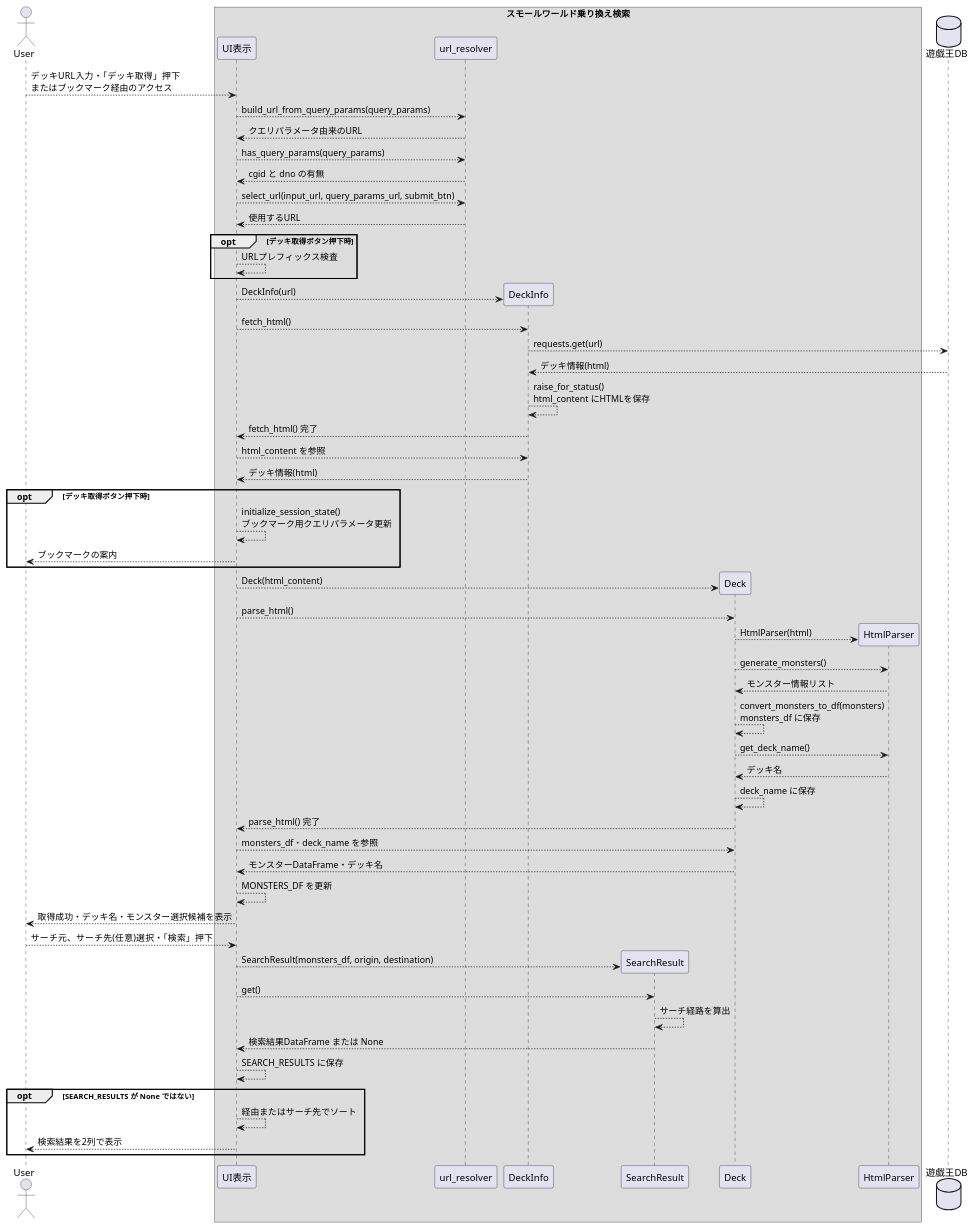
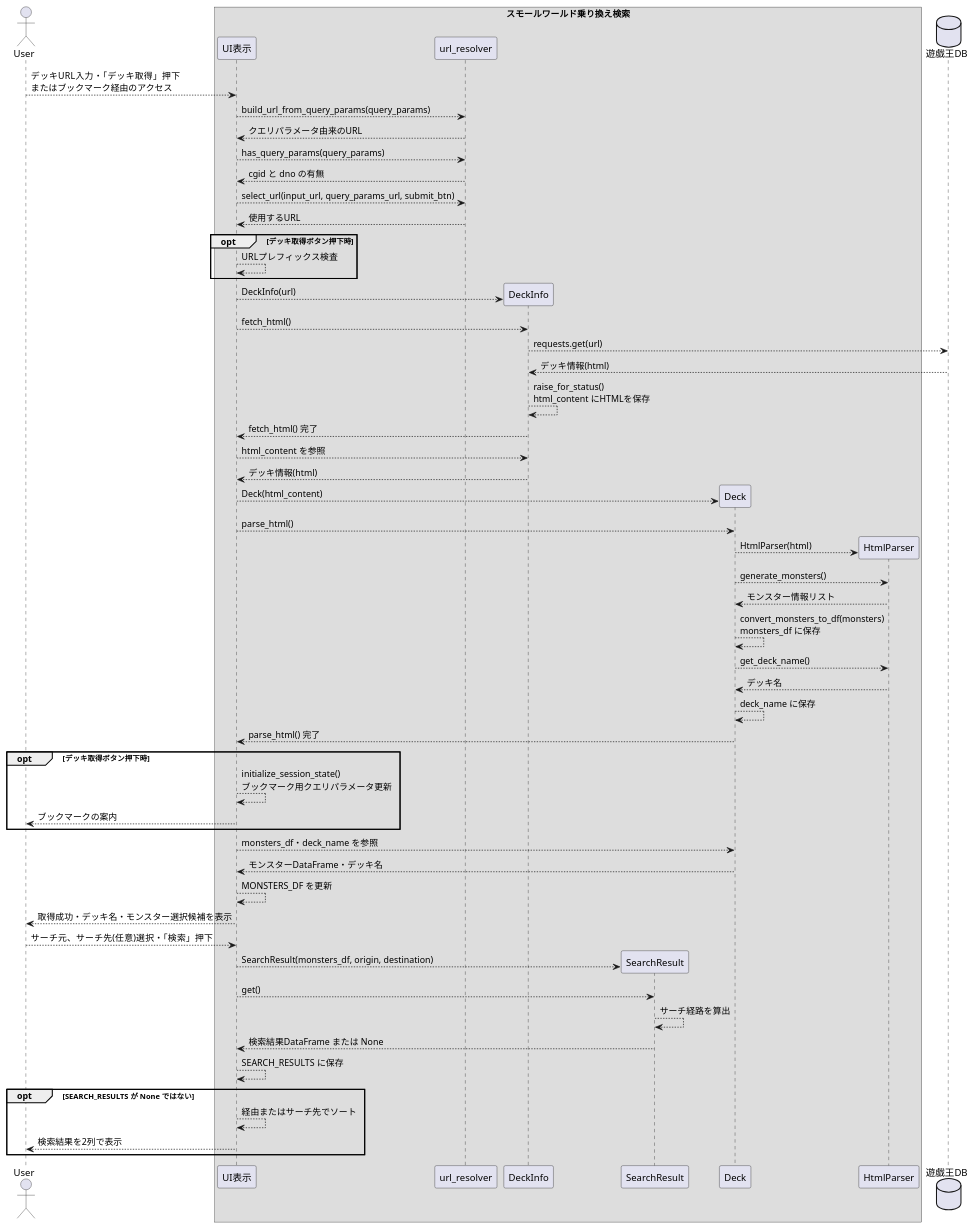
The fourth of 6 diagrams in docs/ygo-small-world-transit.md (ikishichi/ygo-small-world-transit), drawn with PlantUML before and after one commit. The commit also changed other lines of this file, not shown here.

Commit message:
docs: 処理順序の図を実装に合わせて更新

````diff
--- a/docs/ygo-small-world-transit.md
+++ b/docs/ygo-small-world-transit.md
@@ -82,66 +83,66 @@
 ```plantuml
 @startuml
 actor User as user
 box "スモールワールド乗り換え検索"
 participant "UI表示" as ui
 participant "url_resolver" as ur
 participant "DeckInfo" as di
 participant "SearchResult" as sr
 participant "Deck" as dc
 participant "HtmlParser" as hp
 end box
 database 遊戯王DB as db
 
 user --> ui : デッキURL入力・「デッキ取得」押下\nまたはブックマーク経由のアクセス
 ui --> ur : build_url_from_query_params(query_params)
 ur --> ui : クエリパラメータ由来のURL
 ui --> ur : has_query_params(query_params)
 ur --> ui : cgid と dno の有無
 ui --> ur : select_url(input_url, query_params_url, submit_btn)
 ur --> ui : 使用するURL
 opt デッキ取得ボタン押下時
     ui --> ui : URLプレフィックス検査
 end
 create di
 ui --> di : DeckInfo(url)
 ui --> di : fetch_html()
 di --> db : requests.get(url)
 db --> di : デッキ情報(html)
 di --> di : raise_for_status()\nhtml_content にHTMLを保存
 di --> ui : fetch_html() 完了
 ui --> di : html_content を参照
 di --> ui : デッキ情報(html)
-opt デッキ取得ボタン押下時
-    ui --> ui : initialize_session_state()\nブックマーク用クエリパラメータ更新
-    ui --> user : ブックマークの案内
-end
 create dc
 ui --> dc : Deck(html_content)
 ui --> dc : parse_html()
 create hp
 dc --> hp : HtmlParser(html)
 dc --> hp : generate_monsters()
 hp --> dc : モンスター情報リスト
 dc --> dc : convert_monsters_to_df(monsters)\nmonsters_df に保存
 dc --> hp : get_deck_name()
 hp --> dc : デッキ名
 dc --> dc : deck_name に保存
 dc --> ui : parse_html() 完了
+opt デッキ取得ボタン押下時
+    ui --> ui : initialize_session_state()\nブックマーク用クエリパラメータ更新
+    ui --> user : ブックマークの案内
+end
 ui --> dc : monsters_df・deck_name を参照
 dc --> ui : モンスターDataFrame・デッキ名
 ui --> ui : MONSTERS_DF を更新
 ui --> user : 取得成功・デッキ名・モンスター選択候補を表示
 user --> ui : サーチ元、サーチ先(任意)選択・「検索」押下
 create sr
 ui --> sr : SearchResult(monsters_df, origin, destination)
 ui --> sr : get()
 sr --> sr : サーチ経路を算出
 sr --> ui : 検索結果DataFrame または None
 ui --> ui : SEARCH_RESULTS に保存
 opt SEARCH_RESULTS が None ではない
     ui --> ui : 経由またはサーチ先でソート
     ui --> user : 検索結果を2列で表示
 end
 
 @enduml
 ```
````
